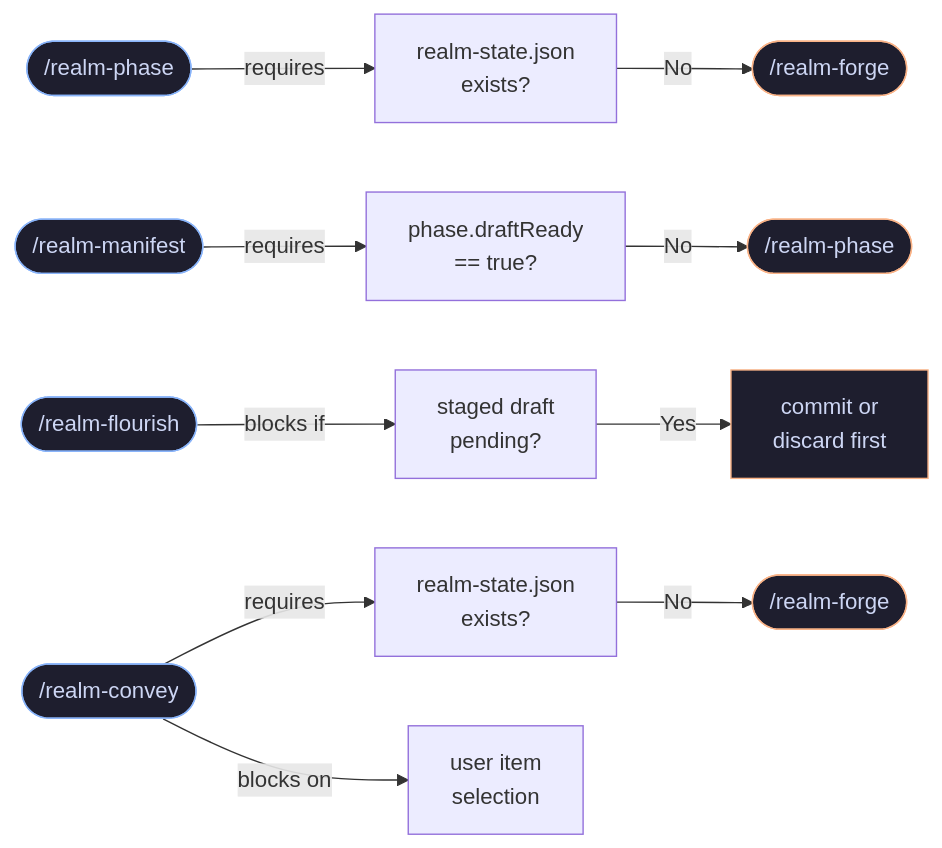
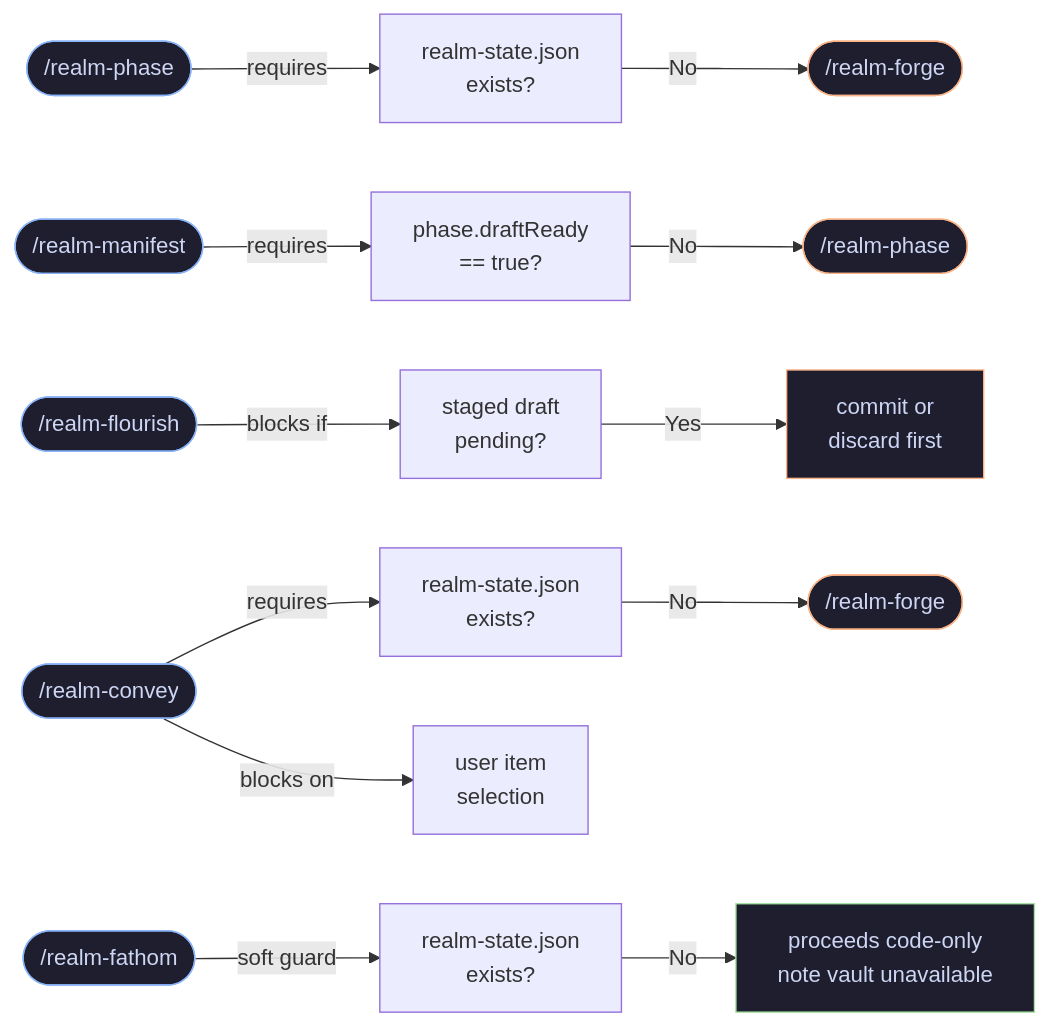
One commit to blackmo18/realm changed the eighth of 8 diagrams in VISUALS.md. Above: the diagram before and after it, drawn with Mermaid. The commit also changed other lines of this file and 4 other files, not shown here.

````diff
--- a/VISUALS.md
+++ b/VISUALS.md
@@ -138,18 +169,22 @@
 ```mermaid
 flowchart LR
     P(["/realm-phase"]):::cmd -->|requires| RS["realm-state.json\nexists?"]
     RS -->|No| RI(["/realm-forge"]):::warn
 
     M(["/realm-manifest"]):::cmd -->|requires| DR["phase.draftReady\n== true?"]
     DR -->|No| RP(["/realm-phase"]):::warn
 
     F(["/realm-flourish"]):::cmd -->|blocks if| SD["staged draft\npending?"]
     SD -->|Yes| CM["commit or\ndiscard first"]:::warn
 
     CV(["/realm-convey"]):::cmd -->|requires| RS2["realm-state.json\nexists?"]
     RS2 -->|No| RI2(["/realm-forge"]):::warn
     CV -->|blocks on| USR["user item\nselection"]
 
+    FT(["/realm-fathom"]):::cmd -->|soft guard| RS3["realm-state.json\nexists?"]
+    RS3 -->|No| CO["proceeds code-only\nnote vault unavailable"]:::ok
+
     classDef cmd  fill:#1e1e2e,stroke:#89b4fa,color:#cdd6f4
     classDef warn fill:#1e1e2e,stroke:#fab387,color:#cdd6f4
+    classDef ok   fill:#1e1e2e,stroke:#a6e3a1,color:#cdd6f4
 ```
````
